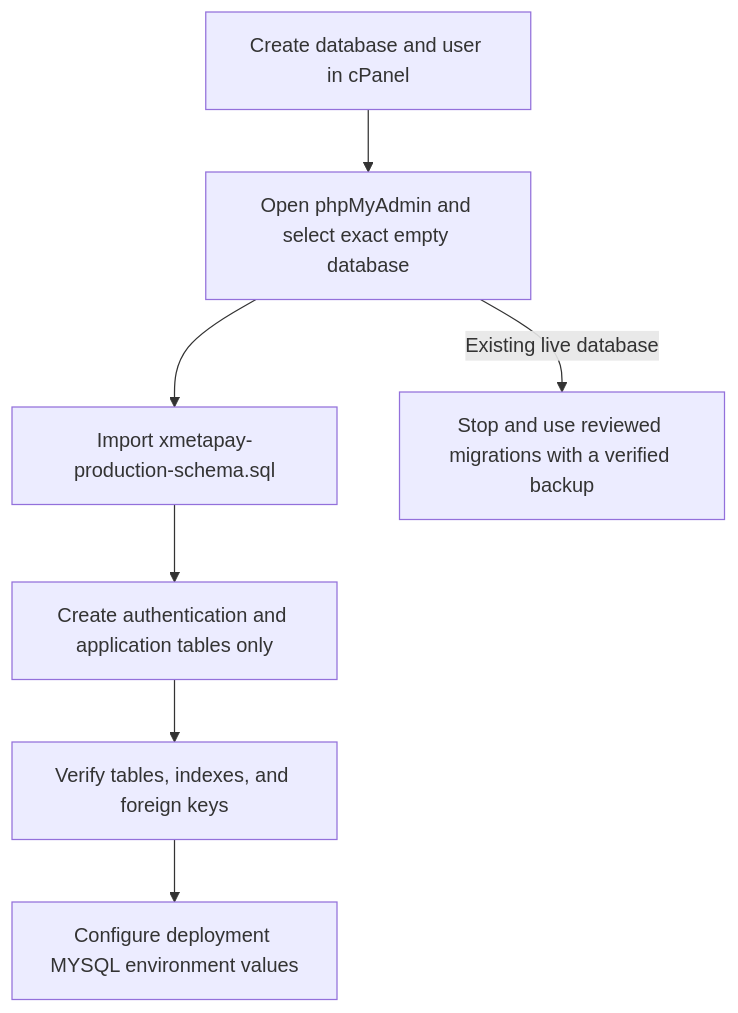
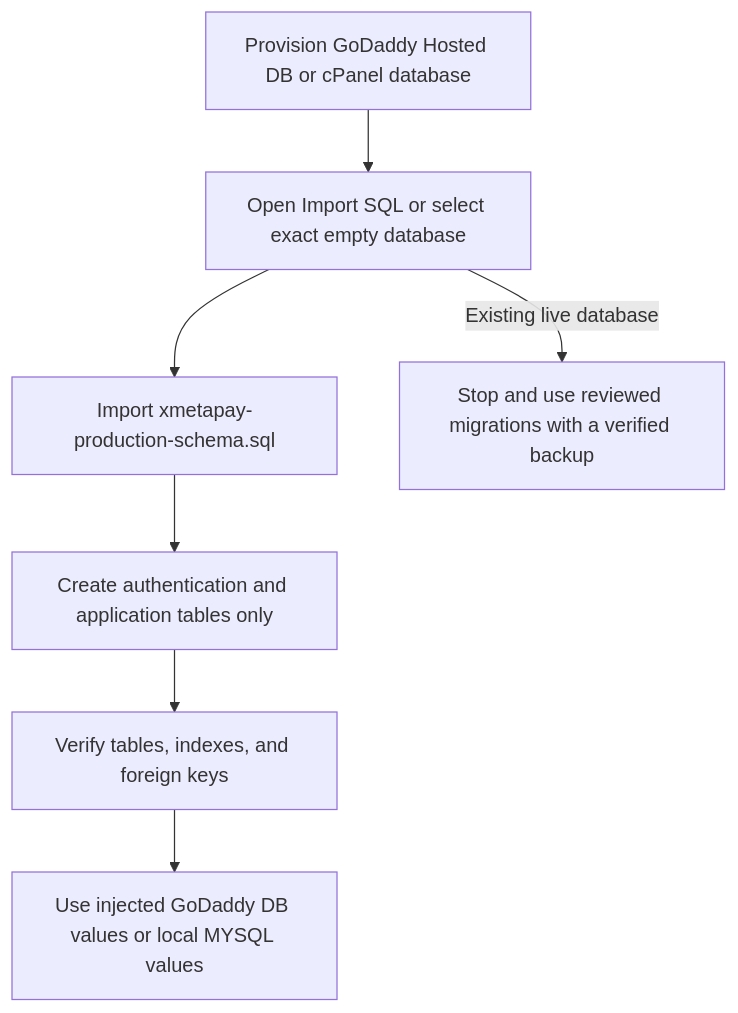
Before and after one commit to Xeyn19/xmetapay: diagram 23 of 23 in docs/PROJECT_FLOWCHARTS.md, drawn with Mermaid. The commit also changed other lines of this file and 12 other files, not shown here.

Commit message:
fix(database): support GoDaddy hosted DB env vars

````diff
--- a/docs/PROJECT_FLOWCHARTS.md
+++ b/docs/PROJECT_FLOWCHARTS.md
@@ -839,9 +839,9 @@
 ```mermaid
 flowchart TD
-  A["Create database and user in cPanel"] --> B["Open phpMyAdmin and select exact empty database"]
+  A["Provision GoDaddy Hosted DB or cPanel database"] --> B["Open Import SQL or select exact empty database"]
   B --> C["Import xmetapay-production-schema.sql"]
   C --> D["Create authentication and application tables only"]
   D --> E["Verify tables, indexes, and foreign keys"]
-  E --> F["Configure deployment MYSQL environment values"]
+  E --> F["Use injected GoDaddy DB values or local MYSQL values"]
   B -->|Existing live database| G["Stop and use reviewed migrations with a verified backup"]
 ```
````
